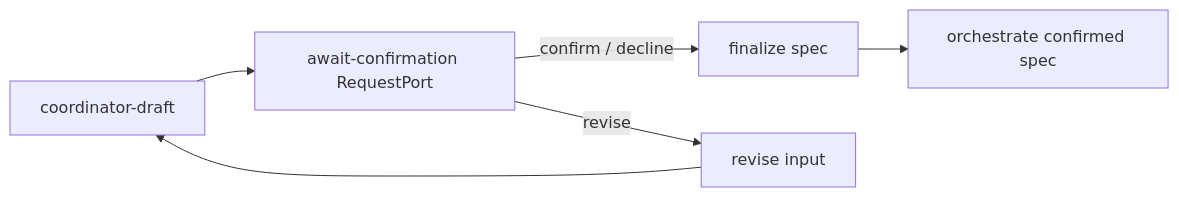
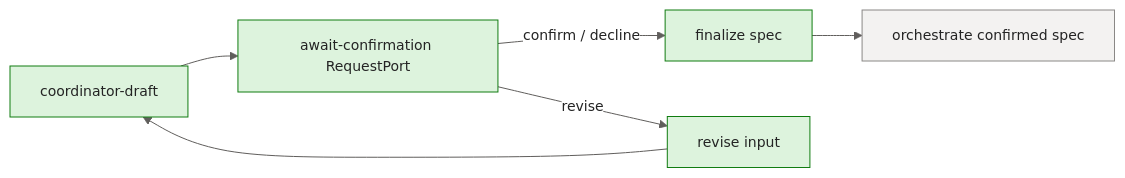
The third of 5 diagrams in docs/deep-dive/coordinator-internals.md (sabbour/agentweaver), drawn with Mermaid before and after one commit. The commit also changed other lines of this file and 13 other files, not shown here.

````diff
--- a/docs/deep-dive/coordinator-internals.md
+++ b/docs/deep-dive/coordinator-internals.md
@@ -135,12 +161,24 @@
 ```mermaid
+%%{init: {'theme':'base','themeVariables':{'fontFamily':'Segoe UI, system-ui, -apple-system, sans-serif','fontSize':'14px','primaryColor':'#E8EEF9','primaryBorderColor':'#0F6CBD','primaryTextColor':'#242424','lineColor':'#605E5C','clusterBkg':'#FAF9F8','clusterBorder':'#D2D0CE','edgeLabelBackground':'#FFFFFF'}}}%%
 flowchart LR
     Draft[coordinator-draft]
     Gate[await-confirmation RequestPort]
     Finalize[finalize spec]
     Revise[revise input]
     Orchestrate[orchestrate confirmed spec]
 
     Draft --> Gate
     Gate -- revise --> Revise --> Draft
     Gate -- confirm / decline --> Finalize --> Orchestrate
+
+    classDef client fill:#E8EEF9,stroke:#0F6CBD,stroke-width:1px,color:#242424;
+    classDef svc fill:#F3F2F1,stroke:#8A8886,stroke-width:1px,color:#242424;
+    classDef core fill:#CFE4FA,stroke:#0F6CBD,stroke-width:2px,color:#242424;
+    classDef data fill:#FFF4CE,stroke:#C19C00,stroke-width:1px,color:#242424;
+    classDef ext fill:#F0E8F8,stroke:#8764B8,stroke-width:1px,color:#242424;
+    classDef runtime fill:#DDF3DD,stroke:#107C10,stroke-width:1px,color:#242424;
+    classDef evt fill:#D6F0F0,stroke:#038387,stroke-width:1px,color:#242424;
+
+    class Draft,Gate,Finalize,Revise runtime;
+    class Orchestrate svc;
 ```
````
